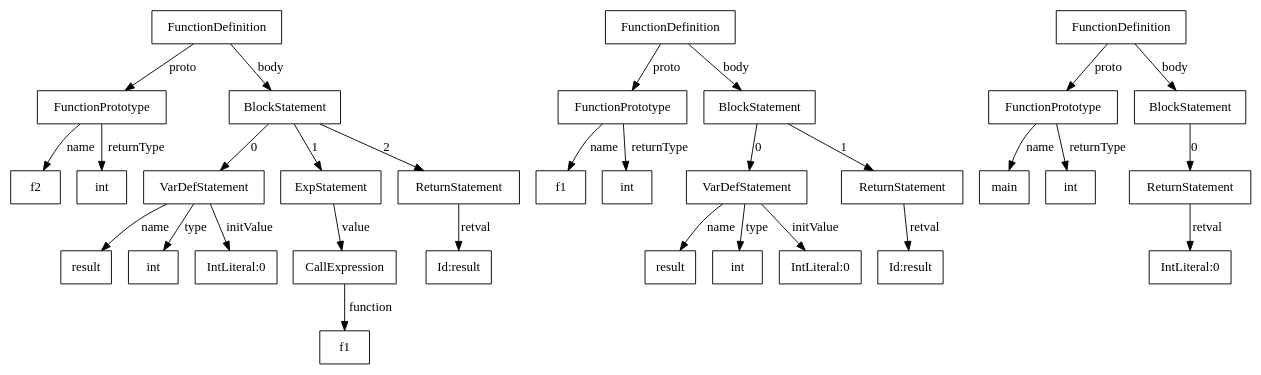
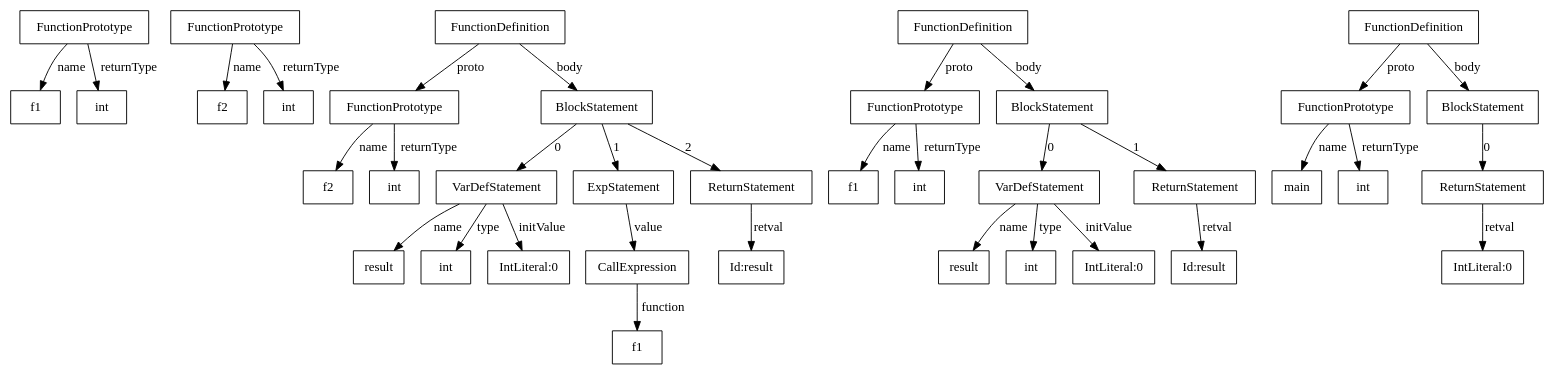
One commit to SuperABC/SGS changed the diagram in SGS/test7.gv. Above: the diagram before and after it, drawn with Graphviz. The commit also changed 5 other files, not shown here.

Commit message:
fix the codegen of duplicated function prototype

```diff
--- a/SGS/test7.gv
+++ b/SGS/test7.gv
@@ -1,65 +1,75 @@
 digraph g {
 node[shape = box, fontname = "Fira Code Light"]
 edge[fontname = "Fira Code Light", splines = line]
-25287288 [label="FunctionDefinition"]
-25287288 -> 25275080 [label="proto"]
-25287288 -> 25240600 [label="body"]
-25275080 [label="FunctionPrototype"]
-25275080 -> 1 [label="name"]
-1 [label="f2"]
-25275080 -> 2 [label="returnType"]
+10864392 [label="FunctionPrototype"]
+10864392 -> 1 [label="name"]
+1 [label="f1"]
+10864392 -> 2 [label="returnType"]
 2 [label="int"]
-25240600 [label="BlockStatement"]
-25240600 -> 25303920 [label=0]
-25240600 -> 25287416 [label=1]
-25240600 -> 25287928 [label=2]
-25303920 [label="VarDefStatement"]
-25303920 -> 3 [label="name"]
-3 [label="result"]
-25303920 -> 4 [label="type"]
+10864600 [label="FunctionPrototype"]
+10864600 -> 3 [label="name"]
+3 [label="f2"]
+10864600 -> 4 [label="returnType"]
 4 [label="int"]
-25303920 -> 25287608 [label="initValue"]
-25287608 [label="IntLiteral:0"]
-25287416 [label="ExpStatement"]
-25287416 -> 25275600 [label="value"]
-25275600 [label="CallExpression"]
-25275600 -> 5 [label="function"]
-5 [label="f1"]
-25287928 [label="ReturnStatement"]
-25287928 -> 25263160 [label="retval"]
-25263160 [label="Id:result"]
-25287736 [label="FunctionDefinition"]
-25287736 -> 25275288 [label="proto"]
-25287736 -> 25240672 [label="body"]
-25275288 [label="FunctionPrototype"]
-25275288 -> 6 [label="name"]
-6 [label="f1"]
-25275288 -> 7 [label="returnType"]
-7 [label="int"]
-25240672 [label="BlockStatement"]
-25240672 -> 25302672 [label=0]
-25240672 -> 25286968 [label=1]
-25302672 [label="VarDefStatement"]
-25302672 -> 8 [label="name"]
-8 [label="result"]
-25302672 -> 9 [label="type"]
-9 [label="int"]
-25302672 -> 25287672 [label="initValue"]
-25287672 [label="IntLiteral:0"]
-25286968 [label="ReturnStatement"]
-25286968 -> 25264392 [label="retval"]
-25264392 [label="Id:result"]
-25286392 [label="FunctionDefinition"]
-25286392 -> 25274664 [label="proto"]
-25286392 -> 25308264 [label="body"]
-25274664 [label="FunctionPrototype"]
-25274664 -> 10 [label="name"]
-10 [label="main"]
-25274664 -> 11 [label="returnType"]
+10872376 [label="FunctionDefinition"]
+10872376 -> 10864496 [label="proto"]
+10872376 -> 10817960 [label="body"]
+10864496 [label="FunctionPrototype"]
+10864496 -> 5 [label="name"]
+5 [label="f2"]
+10864496 -> 6 [label="returnType"]
+6 [label="int"]
+10817960 [label="BlockStatement"]
+10817960 -> 10888736 [label=0]
+10817960 -> 10873400 [label=1]
+10817960 -> 10873080 [label=2]
+10888736 [label="VarDefStatement"]
+10888736 -> 7 [label="name"]
+7 [label="result"]
+10888736 -> 8 [label="type"]
+8 [label="int"]
+10888736 -> 10873592 [label="initValue"]
+10873592 [label="IntLiteral:0"]
+10873400 [label="ExpStatement"]
+10873400 -> 10865536 [label="value"]
+10865536 [label="CallExpression"]
+10865536 -> 9 [label="function"]
+9 [label="f1"]
+10873080 [label="ReturnStatement"]
+10873080 -> 10849984 [label="retval"]
+10849984 [label="Id:result"]
+10873272 [label="FunctionDefinition"]
+10873272 -> 10864704 [label="proto"]
+10873272 -> 10818536 [label="body"]
+10864704 [label="FunctionPrototype"]
+10864704 -> 10 [label="name"]
+10 [label="f1"]
+10864704 -> 11 [label="returnType"]
 11 [label="int"]
-25308264 [label="BlockStatement"]
-25308264 -> 25286072 [label=0]
-25286072 [label="ReturnStatement"]
-25286072 -> 25286648 [label="retval"]
-25286648 [label="IntLiteral:0"]
+10818536 [label="BlockStatement"]
+10818536 -> 10887584 [label=0]
+10818536 -> 10873144 [label=1]
+10887584 [label="VarDefStatement"]
+10887584 -> 12 [label="name"]
+12 [label="result"]
+10887584 -> 13 [label="type"]
+13 [label="int"]
+10887584 -> 10872440 [label="initValue"]
+10872440 [label="IntLiteral:0"]
+10873144 [label="ReturnStatement"]
+10873144 -> 10850776 [label="retval"]
+10850776 [label="Id:result"]
+10872312 [label="FunctionDefinition"]
+10872312 -> 10864288 [label="proto"]
+10872312 -> 10818608 [label="body"]
+10864288 [label="FunctionPrototype"]
+10864288 -> 14 [label="name"]
+14 [label="main"]
+10864288 -> 15 [label="returnType"]
+15 [label="int"]
+10818608 [label="BlockStatement"]
+10818608 -> 10873336 [label=0]
+10873336 [label="ReturnStatement"]
+10873336 -> 10873784 [label="retval"]
+10873784 [label="IntLiteral:0"]
 }
```
